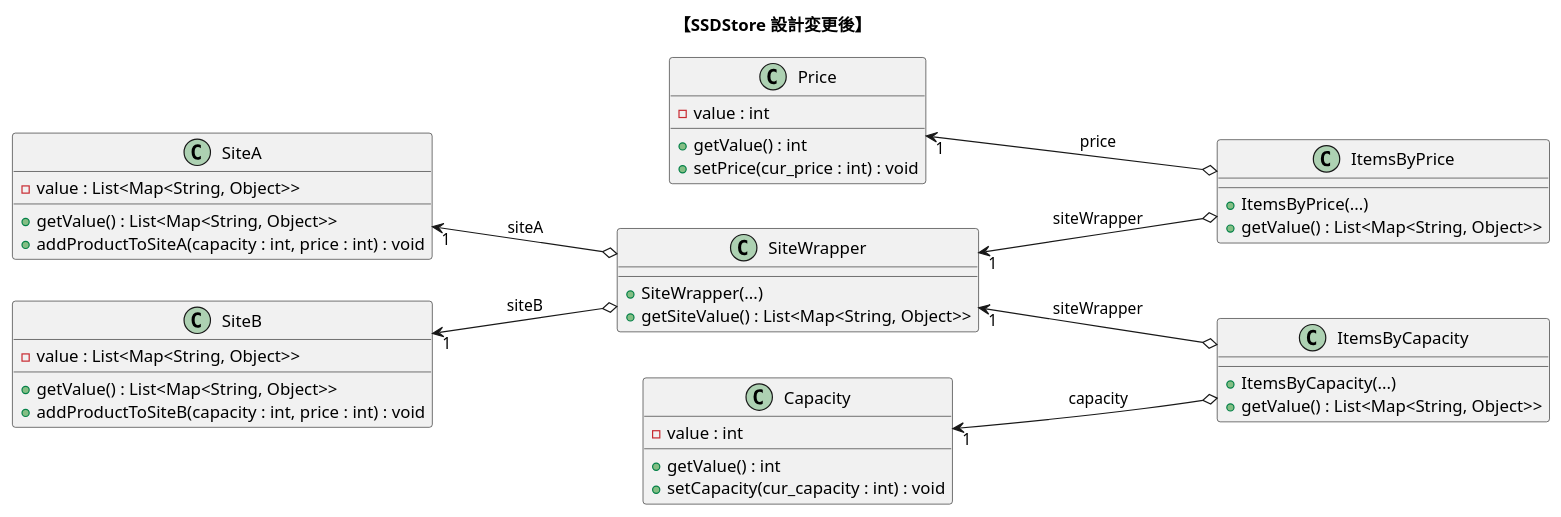
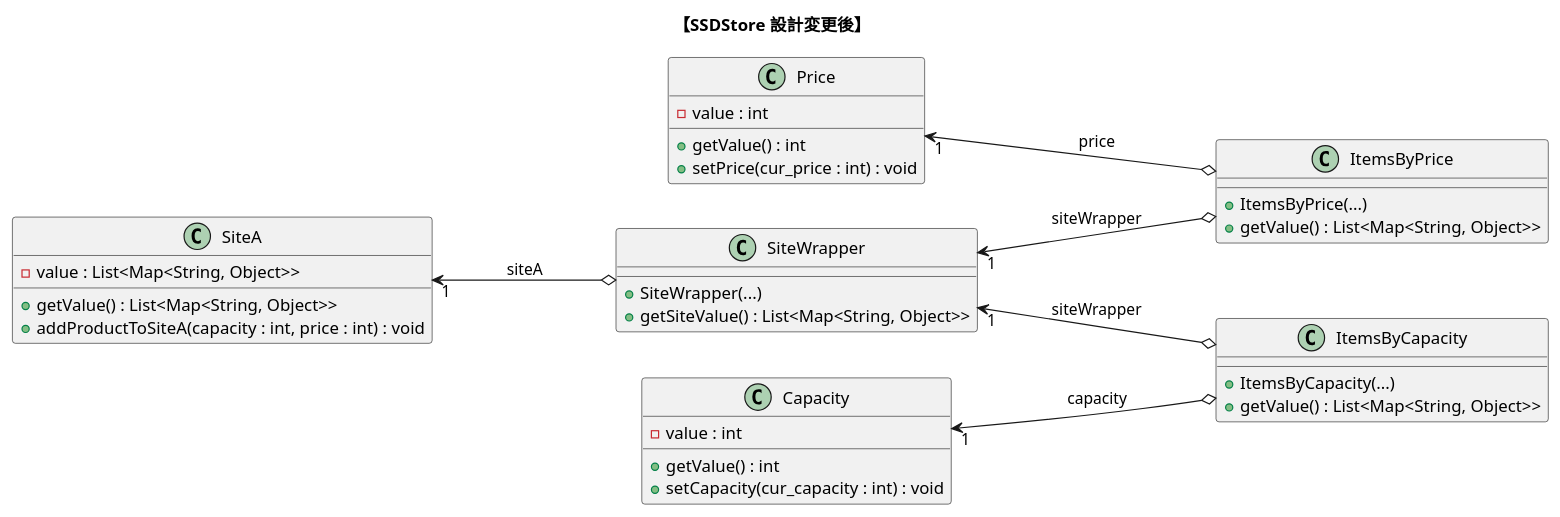
One commit to nitta-lab/TwoStagesModelingExperiments changed the diagram in puml/classes/ssd_store_class_pull_CFD.puml. Above: the diagram before and after it, drawn with PlantUML. The commit also changed 11 other files, not shown here.

```diff
--- a/puml/classes/ssd_store_class_pull_CFD.puml
+++ b/puml/classes/ssd_store_class_pull_CFD.puml
@@ -1,55 +1,48 @@
 @startuml ssdStore_class_pull_CFD
 title "【SSDStore 設計変更後】"
 
 left to right direction
 
 class "Price"{
     - value : int
     + getValue() : int
     + setPrice(cur_price : int) : void
 }
 
 class "SiteA"{
     - value : List<Map<String, Object>>
     + getValue() : List<Map<String, Object>>
     + addProductToSiteA(capacity : int, price : int) : void
-}
-
-class "SiteB"{
-    - value : List<Map<String, Object>>
-    + getValue() : List<Map<String, Object>>
-    + addProductToSiteB(capacity : int, price : int) : void
 }
 
 class "Capacity"{
     - value : int
     + getValue() : int
     + setCapacity(cur_capacity : int) : void
 }
 
 class "ItemsByPrice"{
     + ItemsByPrice(...)
     + getValue() : List<Map<String, Object>>
 }
 
 class "ItemsByCapacity"{
     + ItemsByCapacity(...)
     + getValue() : List<Map<String, Object>>
 }
 
 class "SiteWrapper"{
     + SiteWrapper(...)
     + getSiteValue() : List<Map<String, Object>>
 }
 
 '---------------------------------------------------------
 "SiteA" "1" <---o "SiteWrapper" : "siteA"
-"SiteB" "1" <---o "SiteWrapper" : "siteB"
 
 "SiteWrapper" "1" <---o "ItemsByPrice" : "siteWrapper"
 "Price" "1" <---o "ItemsByPrice" : "price"
 
 "SiteWrapper" "1" <---o "ItemsByCapacity" : "siteWrapper"
 "Capacity" "1" <---o "ItemsByCapacity" : "capacity"
 
 @enduml
```
